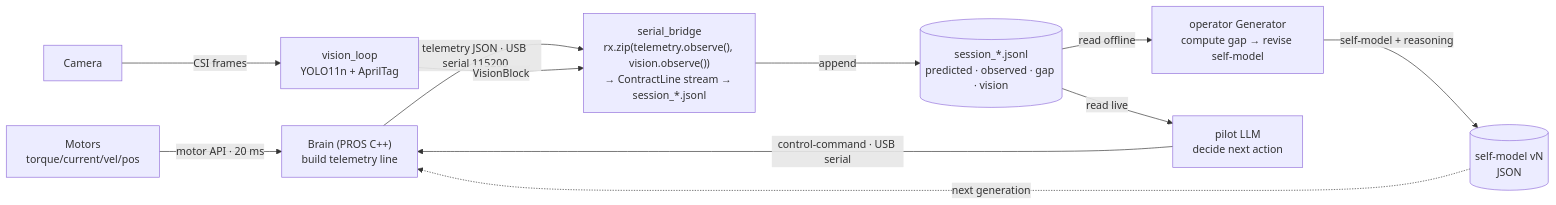
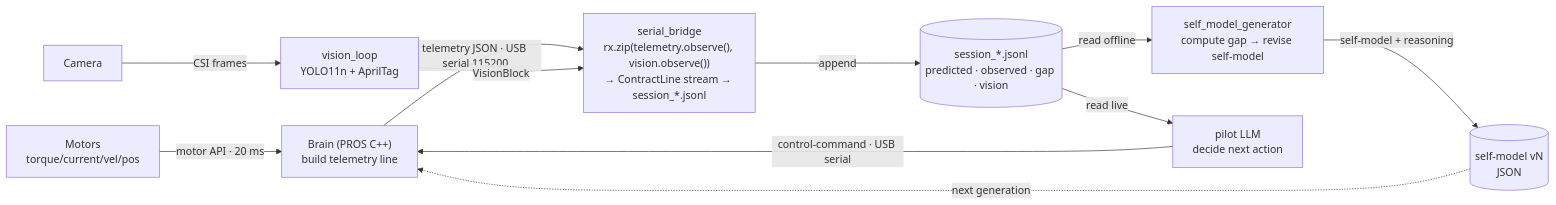
One commit to codewizard-dt/llm-self-model-capstone changed the second of 2 diagrams in ARCHITECTURE.md. Above: the diagram before and after it, drawn with Mermaid. The commit also changed other lines of this file and 8 other files, not shown here.

Commit message:
Align self-model generator naming

````diff
--- a/ARCHITECTURE.md
+++ b/ARCHITECTURE.md
@@ -52,13 +52,13 @@
 ```mermaid
 flowchart LR
   MOT["Motors<br/>torque/current/vel/pos"] -->|motor API · 20 ms| BR["Brain (PROS C++)<br/>build telemetry line"]
   CAM["Camera"] -->|CSI frames| VL["vision_loop<br/>YOLO11n + AprilTag"]
   BR -->|telemetry JSON · USB serial 115200| MG["serial_bridge<br/>rx.zip(telemetry.observe(), vision.observe())<br/>→ ContractLine stream → session_*.jsonl"]
   VL -->|VisionBlock| MG
   MG -->|append| JL[("session_*.jsonl<br/>predicted · observed · gap · vision")]
-  JL -->|read offline| GEN["operator Generator<br/>compute gap → revise self-model"]
+  JL -->|read offline| GEN["self_model_generator<br/>compute gap → revise self-model"]
   GEN -->|self-model + reasoning| SM[("self-model vN<br/>JSON")]
   SM -.next generation.-> BR
   JL -->|read live| PIL["pilot LLM<br/>decide next action"]
   PIL -->|control-command · USB serial| BR
 ```
````
